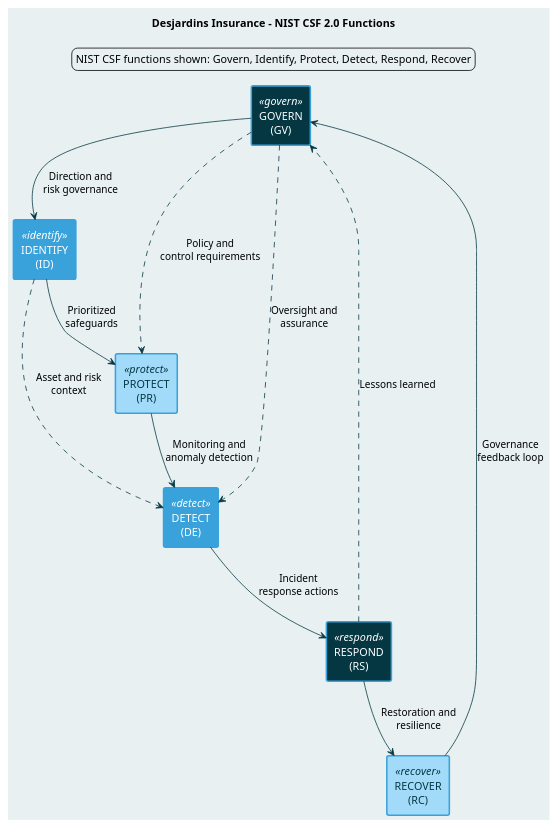
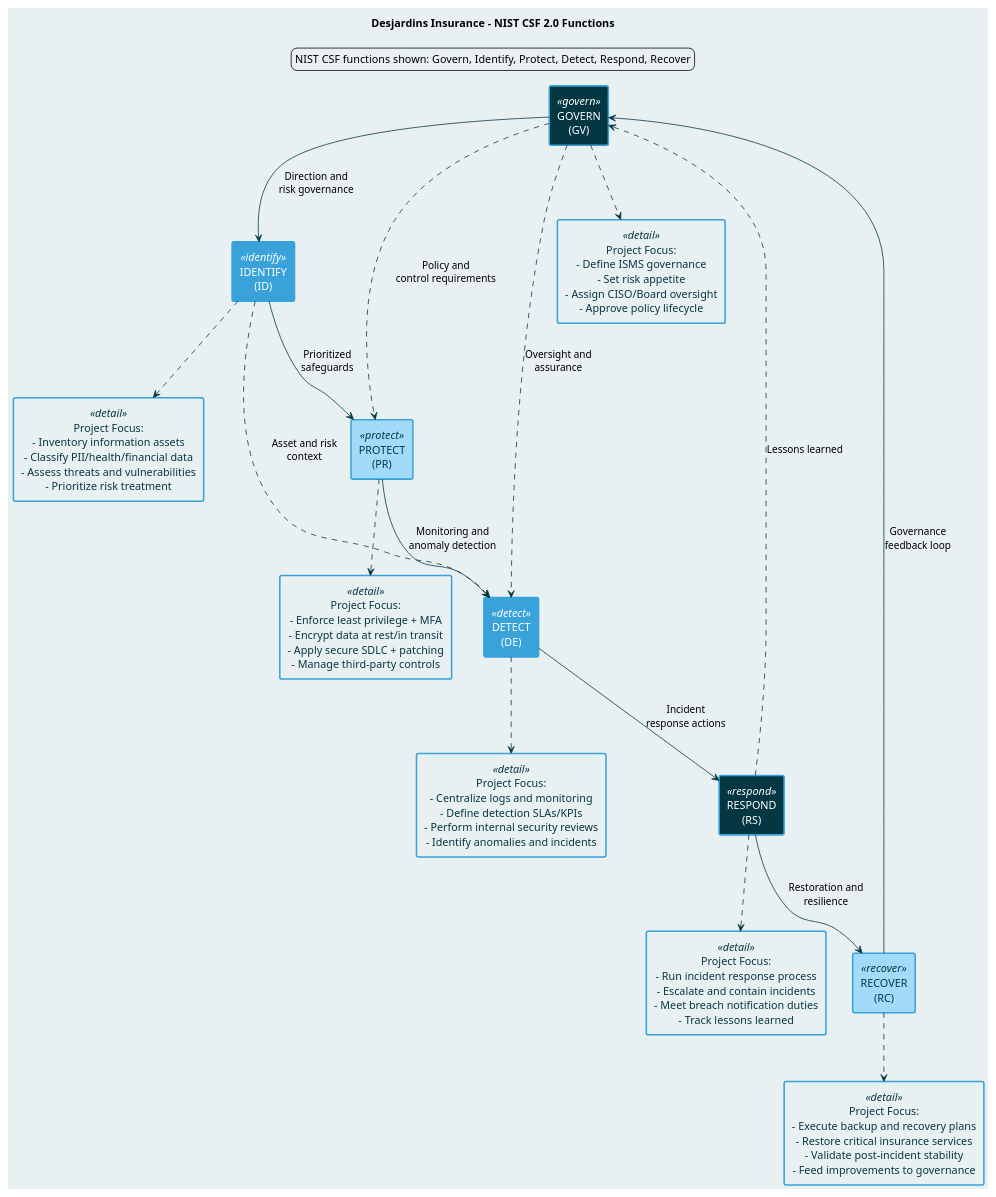
The diagram in docs/diagrams/nist-csf-functions.puml (MercuryAtom31/Desjardins-Insurance-ISMS-Policy), drawn with PlantUML before and after one commit.

Commit message:
Enhanced the diagram with project-level details.

```diff
--- a/docs/diagrams/nist-csf-functions.puml
+++ b/docs/diagrams/nist-csf-functions.puml
@@ -1,68 +1,87 @@
 @startuml nist-csf-functions
 
 skinparam backgroundColor #E8F0F2
 skinparam ArrowColor #053742
 skinparam RectangleBorderColor #39A2DB
 skinparam RectangleBorderThickness 2
 skinparam DefaultTextAlignment center
 
 skinparam rectangle {
   FontName Arial
 }
 
 skinparam rectangle<<govern>> {
   BackgroundColor #053742
   FontColor #FFFFFF
 }
 
 skinparam rectangle<<identify>> {
   BackgroundColor #39A2DB
   FontColor #FFFFFF
 }
 
 skinparam rectangle<<protect>> {
   BackgroundColor #A2DBFA
   FontColor #053742
 }
 
 skinparam rectangle<<detect>> {
   BackgroundColor #39A2DB
   FontColor #FFFFFF
 }
 
 skinparam rectangle<<respond>> {
   BackgroundColor #053742
   FontColor #FFFFFF
 }
 
 skinparam rectangle<<recover>> {
   BackgroundColor #A2DBFA
   FontColor #053742
 }
 
+skinparam rectangle<<detail>> {
+  BackgroundColor #E8F0F2
+  FontColor #053742
+}
+
 title Desjardins Insurance - NIST CSF 2.0 Functions
 
 legend top
   NIST CSF functions shown: Govern, Identify, Protect, Detect, Respond, Recover
 endlegend
 
 rectangle "GOVERN\n(GV)" as GV <<govern>>
 rectangle "IDENTIFY\n(ID)" as ID <<identify>>
 rectangle "PROTECT\n(PR)" as PR <<protect>>
 rectangle "DETECT\n(DE)" as DE <<detect>>
 rectangle "RESPOND\n(RS)" as RS <<respond>>
 rectangle "RECOVER\n(RC)" as RC <<recover>>
 
+rectangle "Project Focus:\n- Define ISMS governance\n- Set risk appetite\n- Assign CISO/Board oversight\n- Approve policy lifecycle" as GV_D <<detail>>
+rectangle "Project Focus:\n- Inventory information assets\n- Classify PII/health/financial data\n- Assess threats and vulnerabilities\n- Prioritize risk treatment" as ID_D <<detail>>
+rectangle "Project Focus:\n- Enforce least privilege + MFA\n- Encrypt data at rest/in transit\n- Apply secure SDLC + patching\n- Manage third-party controls" as PR_D <<detail>>
+rectangle "Project Focus:\n- Centralize logs and monitoring\n- Define detection SLAs/KPIs\n- Perform internal security reviews\n- Identify anomalies and incidents" as DE_D <<detail>>
+rectangle "Project Focus:\n- Run incident response process\n- Escalate and contain incidents\n- Meet breach notification duties\n- Track lessons learned" as RS_D <<detail>>
+rectangle "Project Focus:\n- Execute backup and recovery plans\n- Restore critical insurance services\n- Validate post-incident stability\n- Feed improvements to governance" as RC_D <<detail>>
+
 GV --> ID : Direction and\nrisk governance
 ID --> PR : Prioritized\nsafeguards
 PR --> DE : Monitoring and\nanomaly detection
 DE --> RS : Incident\nresponse actions
 RS --> RC : Restoration and\nresilience
 RC --> GV : Governance\nfeedback loop
 
 GV ..> PR : Policy and\ncontrol requirements
 GV ..> DE : Oversight and\nassurance
 ID ..> DE : Asset and risk\ncontext
 RS ..> GV : Lessons learned
 
+GV ..> GV_D
+ID ..> ID_D
+PR ..> PR_D
+DE ..> DE_D
+RS ..> RS_D
+RC ..> RC_D
+
 @enduml
```
